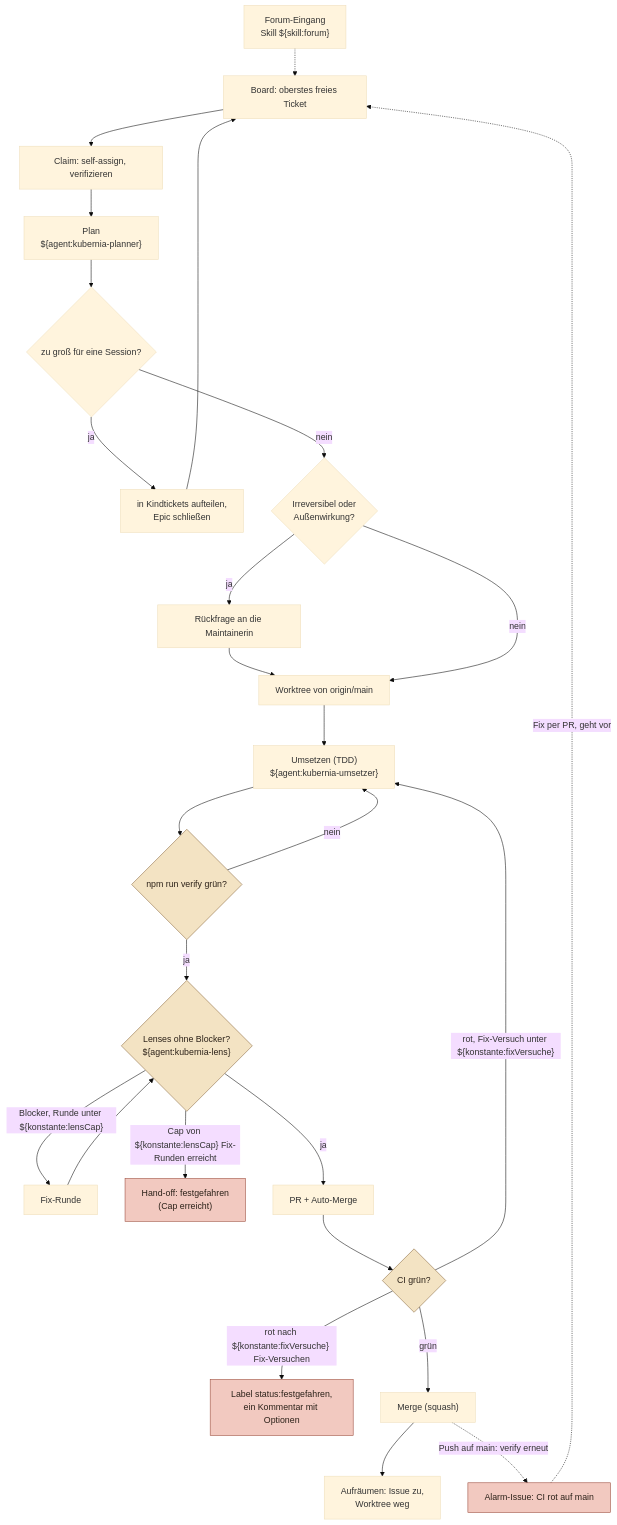
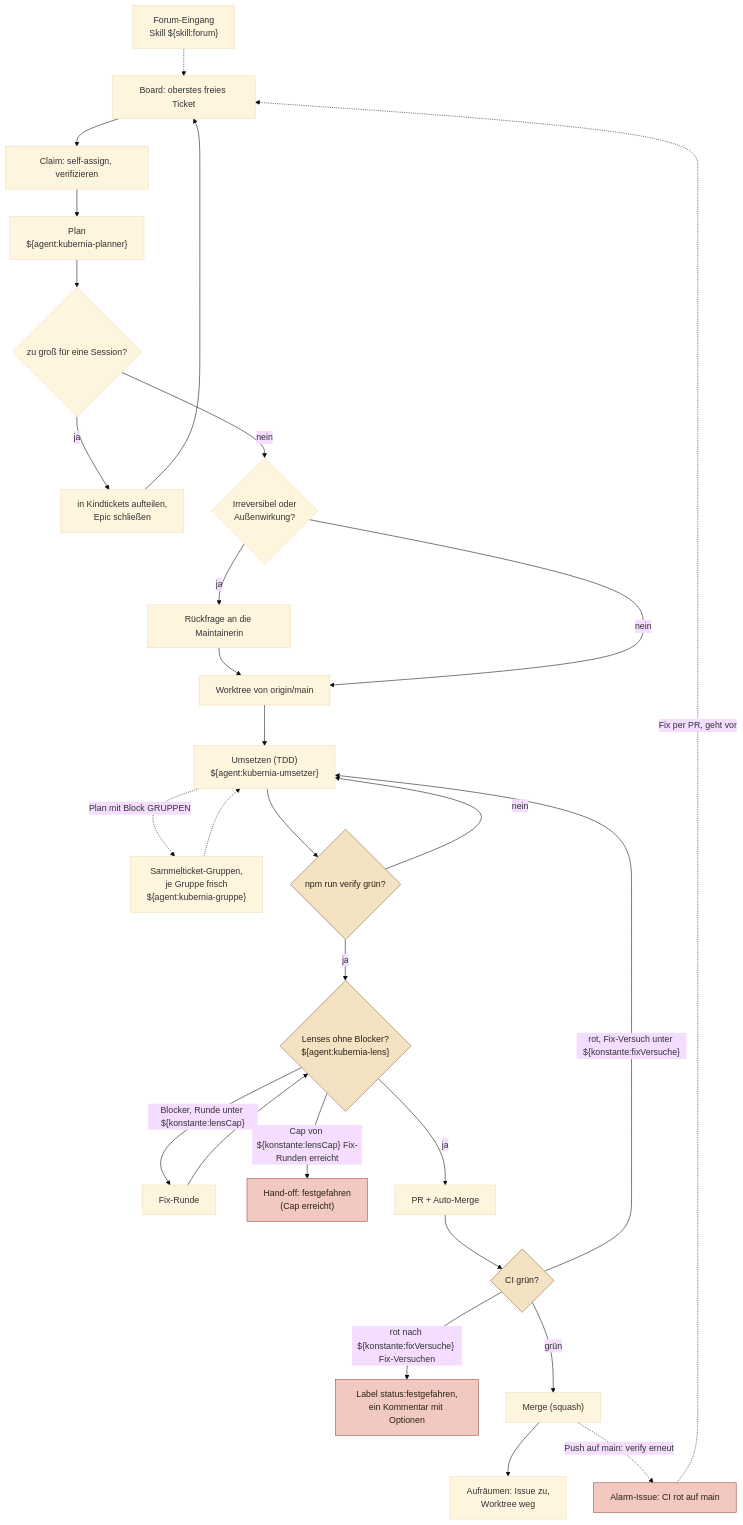
Before and after one commit to fluffels/kubernia: the diagram in docs/diagramme/agenten-ablauf.mmd, drawn with Mermaid (base theme). The commit also changed 22 other files, not shown here.

First line of the commit message:
feat(harness): Sammeltickets in Gruppen mit frischem Kontext, Generationsgrenze (#1647) (#1653)

```diff
--- a/docs/diagramme/agenten-ablauf.mmd
+++ b/docs/diagramme/agenten-ablauf.mmd
@@ -1,46 +1,48 @@
 flowchart TD
   board["Board: oberstes freies Ticket"]
   claim["Claim: self-assign, verifizieren"]
   wt["Worktree von origin/main"]
   plan["Plan<br/>${agent:kubernia-planner}"]
   epic{"zu groß für eine Session?"}
   kinder["in Kindtickets aufteilen,<br/>Epic schließen"]
   pre{"Irreversibel oder<br/>Außenwirkung?"}
   frage["Rückfrage an die Maintainerin"]
   umsetzen["Umsetzen (TDD)<br/>${agent:kubernia-umsetzer}"]
+  gruppen["Sammelticket-Gruppen,<br/>je Gruppe frisch<br/>${agent:kubernia-gruppe}"]
   verify{"npm run verify grün?"}
   lenses{"Lenses ohne Blocker?<br/>${agent:kubernia-lens}"}
   fix["Fix-Runde"]
   handoff["Hand-off: festgefahren<br/>(Cap erreicht)"]
   pr["PR + Auto-Merge"]
   ci{"CI grün?"}
   fest["Label status:festgefahren,<br/>ein Kommentar mit Optionen"]
   merge["Merge (squash)"]
   cleanup["Aufräumen: Issue zu,<br/>Worktree weg"]
   alarm["Alarm-Issue: CI rot auf main"]
   forum["Forum-Eingang<br/>Skill ${skill:forum}"]
 
   board --> claim --> plan --> epic
   epic -- ja --> kinder --> board
   epic -- nein --> pre
   pre -- ja --> frage --> wt
   pre -- nein --> wt
   wt --> umsetzen
   umsetzen --> verify
+  umsetzen -.->|"Plan mit Block GRUPPEN"| gruppen -.-> umsetzen
   verify -- nein --> umsetzen
   verify -- ja --> lenses
   lenses -- "Blocker, Runde unter ${konstante:lensCap}" --> fix --> lenses
   lenses -- "Cap von ${konstante:lensCap} Fix-Runden erreicht" --> handoff
   lenses -- ja --> pr
   pr --> ci
   ci -- "rot, Fix-Versuch unter ${konstante:fixVersuche}" --> umsetzen
   ci -- "rot nach ${konstante:fixVersuche} Fix-Versuchen" --> fest
   ci -- grün --> merge --> cleanup
   merge -.->|"Push auf main: verify erneut"| alarm
   alarm -.->|"Fix per PR, geht vor"| board
   forum -.-> board
 
   classDef schleife fill:#f3e3c3,stroke:#8a6a3f,color:#2b2118
   classDef stopp fill:#f2c9c0,stroke:#9a4a3a,color:#2b2118
   class verify,lenses,ci schleife
   class handoff,fest,alarm stopp
```
